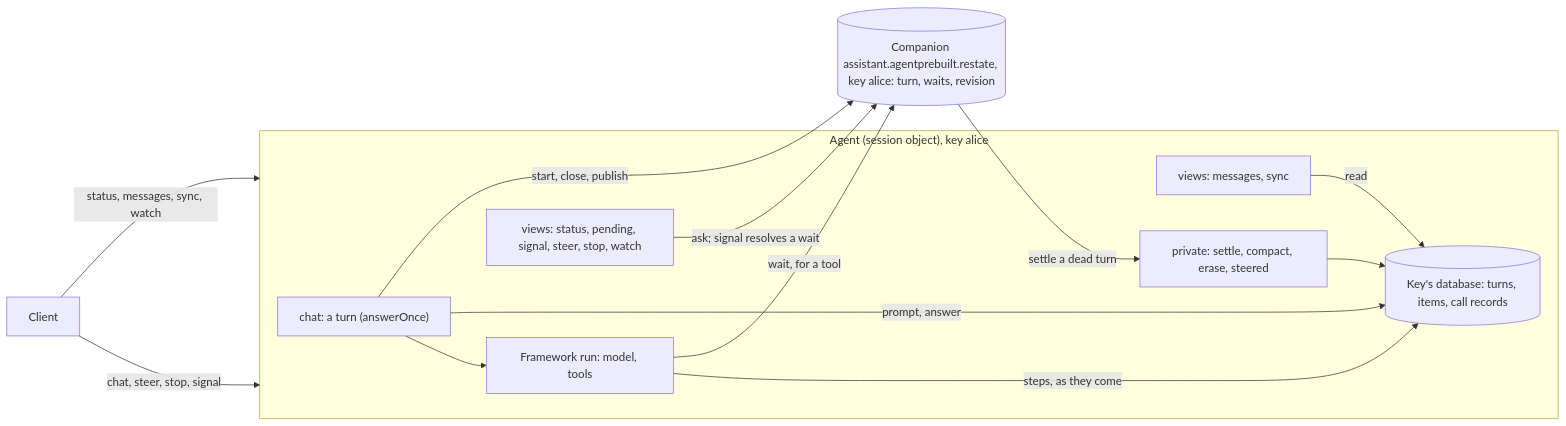
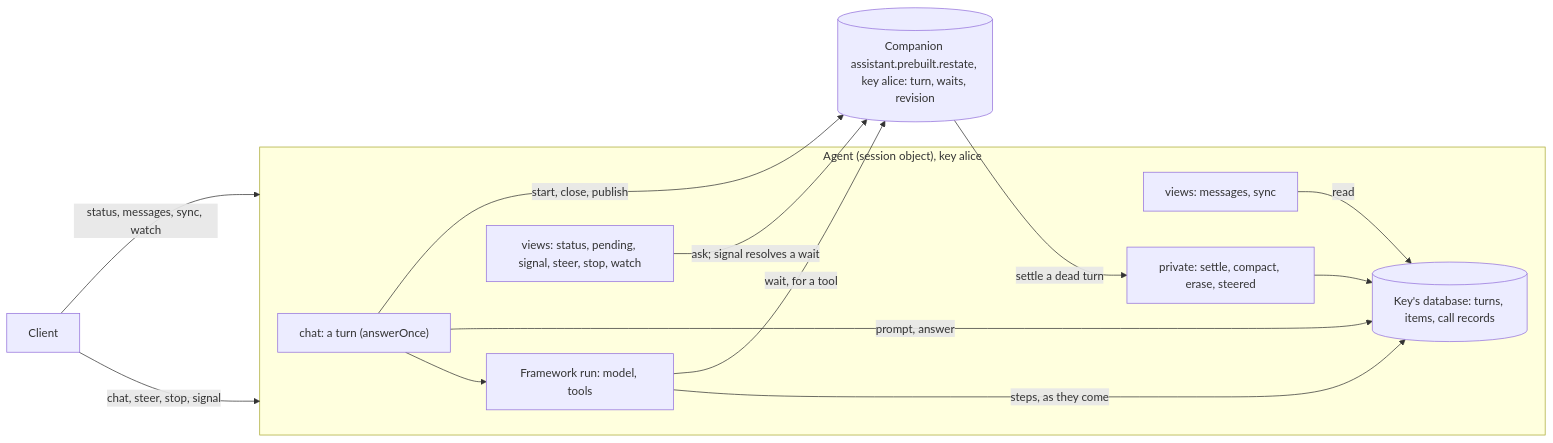
Before and after one commit to restatedev/sdk-sessions: the diagram in packages/agents/docs/README.md, drawn with Mermaid. The commit also changed other lines of this file and 17 other files, not shown here.

First line of the commit message:
Agents: the companion is `<agent>.prebuilt.restate`

````diff
--- a/packages/agents/docs/README.md
+++ b/packages/agents/docs/README.md
@@ -56,18 +56,18 @@
 ```mermaid
 flowchart LR
   C[Client] -- "chat, steer, stop, signal" --> A
   C -- "status, messages, sync, watch" --> A
   subgraph A["Agent (session object), key alice"]
     H["chat: a turn (answerOnce)"] --> F["Framework run: model, tools"]
     F -- "steps, as they come" --> T
     H -- "prompt, answer" --> T
     T[("Key's database: turns, items, call records")]
     V["views: messages, sync"] -- read --> T
     X["private: settle, compact, erase, steered"] --> T
     V2["views: status, pending, signal, steer, stop, watch"]
   end
-  H -- "start, close, publish" --> S[("Companion assistant.agentprebuilt.restate, key alice: turn, waits, revision")]
+  H -- "start, close, publish" --> S[("Companion assistant.prebuilt.restate, key alice: turn, waits, revision")]
   F -- "wait, for a tool" --> S
   V2 -- "ask; signal resolves a wait" --> S
   S -- "settle a dead turn" --> X
 ```
````
